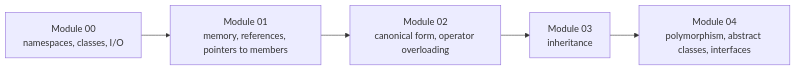
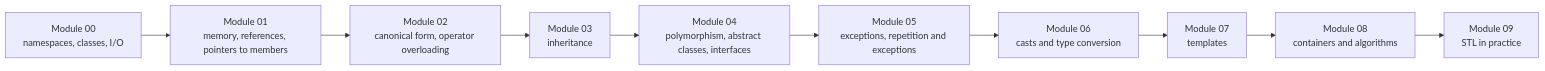
One commit to Liams-theCreator/1337-projects changed the first of 4 diagrams in CPP-Modules/DOCUMENTATION.md. Above: the diagram before and after it, drawn with Mermaid. The commit also changed other lines of this file and 2 other files, not shown here.

````diff
--- a/CPP-Modules/DOCUMENTATION.md
+++ b/CPP-Modules/DOCUMENTATION.md
@@ -15,7 +18,12 @@
 ```mermaid
 graph LR
     m00["Module 00<br/>namespaces, classes, I/O"] --> m01["Module 01<br/>memory, references, pointers to members"]
     m01 --> m02["Module 02<br/>canonical form, operator overloading"]
     m02 --> m03["Module 03<br/>inheritance"]
     m03 --> m04["Module 04<br/>polymorphism, abstract classes, interfaces"]
+    m04 --> m05["Module 05<br/>exceptions, repetition and exceptions"]
+    m05 --> m06["Module 06<br/>casts and type conversion"]
+    m06 --> m07["Module 07<br/>templates"]
+    m07 --> m08["Module 08<br/>containers and algorithms"]
+    m08 --> m09["Module 09<br/>STL in practice"]
 ```
````
